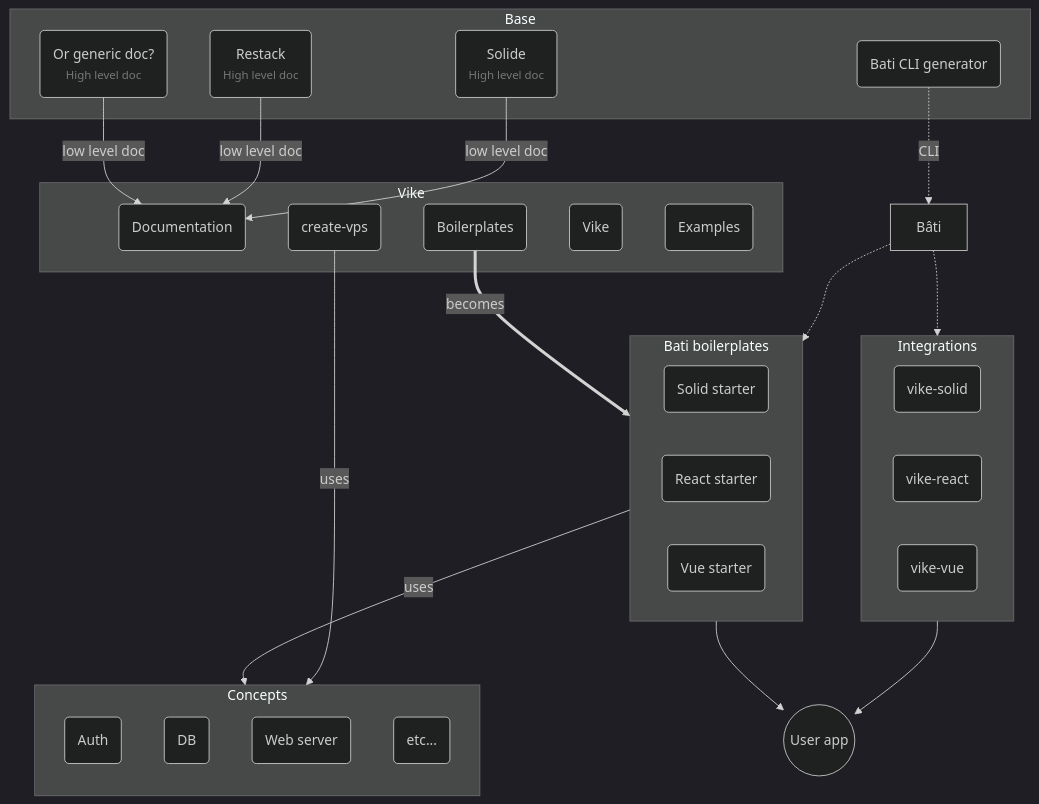
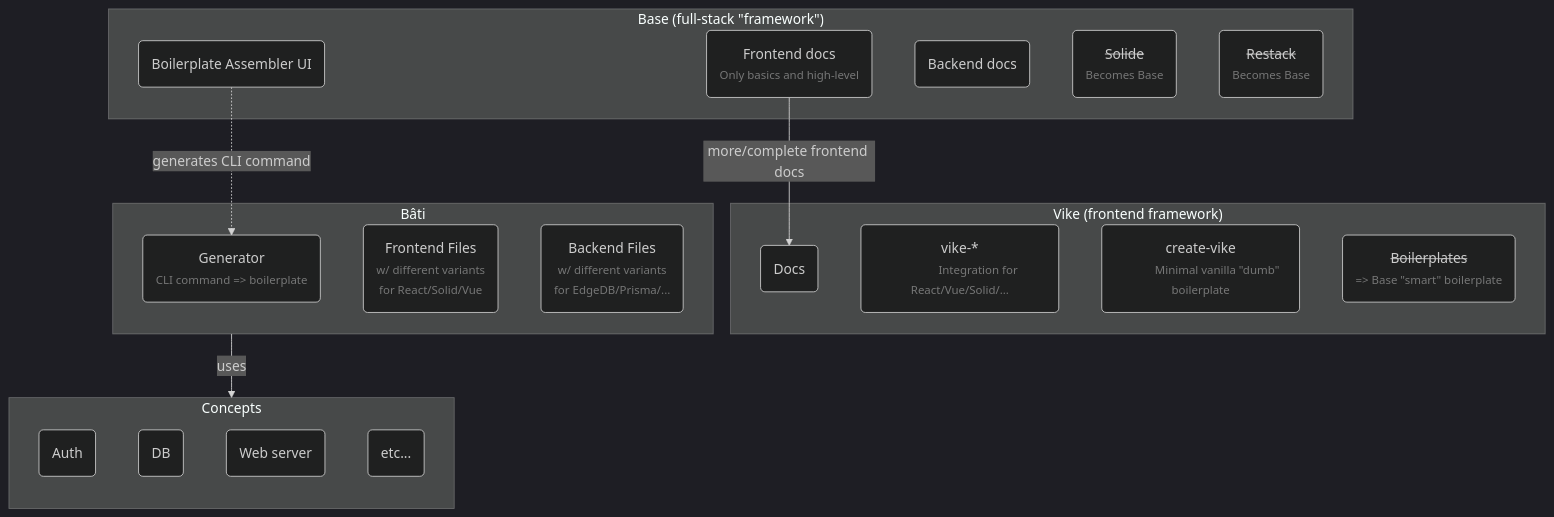
One commit to vikejs/bati changed the diagram in doc/base.mmd. Above: the diagram before and after it, drawn with Mermaid. The commit also changed other lines of this file, not shown here.

Commit message:
update mindmap

```diff
--- a/doc/base.mmd
+++ b/doc/base.mmd
@@ -1,68 +1,70 @@
 %%{
   init: {
     "theme": "dark"
   }
 }%%
 
 flowchart TB
-    Base_Solide -- low level doc --> Vike_doc
-    Base_Restack -- low level doc --> Vike_doc
-    Base_generic -- low level doc --> Vike_doc
-    Base_bati_CLI -. CLI .-> Bati
-    Bati -.-> Boilerplates
-    Bati -.-> Integrations
-    Vike_boilerplates == becomes ==> Boilerplates
-    Vike_create -- uses --> Concepts
-    Boilerplates -- uses --> Concepts
-    Integrations --> Final
-    Boilerplates --> Final
+    Base_doc_frontend -- more/complete frontend docs --> Vike_doc
+    Base_boilerplate -. generates CLI command .-> Bati_gen
+    Bati -- uses --> Concepts
 
-    Bati["Bâti"]
-
-    Final(("User app"))
-
-    subgraph Base
-        Base_bati_CLI("
-            Bati CLI generator
+    subgraph Base["Base (full-stack &quot;framework&quot;)"]
+        Base_boilerplate("
+            Boilerplate Assembler UI
+        ")
+        Base_doc_fullstack("
+            Backend docs
+        ")
+        Base_doc_frontend("
+            Frontend docs
+            <small style='opacity: 0.5'>Only basics and high-level</small>
         ")
         Base_Solide("
-            Solide
-            <small style='opacity: 0.5'>High level doc</small>
+            <s>Solide</s>
+            <small style='opacity: 0.5'>Becomes Base</small>
         ")
         Base_Restack("
-            Restack
-            <small style='opacity: 0.5'>High level doc</small>
-        ")
-        Base_generic("
-            Or generic doc?
-            <small style='opacity: 0.5'>High level doc</small>
+            <s>Restack</s>
+            <small style='opacity: 0.5'>Becomes Base</small>
         ")
     end
 
-    subgraph Vike
-        Vike_lib("Vike")
-        Vike_boilerplates("Boilerplates")
-        Vike_doc("Documentation")
-        Vike_create("create-vps")
-        Vike_examples("Examples")
+    subgraph Vike["Vike (frontend framework)"]
+        Vike_doc("Docs")
+        Vike_integrations("
+           vike-*
+           <small style='opacity: 0.5'>Integration for React/Vue/Solid/...</small>
+        ")
+        Vike_create("
+          create-vike
+          <small style='opacity: 0.5'>Minimal vanilla &quot;dumb&quot; boilerplate</small>
+        ")
+        Vike_boilerplates("
+          <s>Boilerplates</s>
+          <small style='opacity: 0.5'>=> Base &quot;smart&quot; boilerplate</small>
+        ")
     end
 
-    subgraph Integrations
-        Starters_solid("vike-solid")
-        Starters_react("vike-react")
-        Starters_vue("vike-vue")
-    end
-
-    subgraph Boilerplates["Bati boilerplates"]
-        Boilerplates_solid("Solid starter")
-        Boilerplates_react("React starter")
-        Boilerplates_vue("Vue starter")
+    subgraph Bati["Bâti"]
+        Bati_gen("
+          Generator
+          <small style='opacity: 0.5'>CLI command => boilerplate</small>
+        ")
+        Bati_frontend("
+          Frontend Files
+          <small style='opacity: 0.5'>w/ different variants \n for React/Solid/Vue</small>
+        ")
+        Bati_backend("
+          Backend Files
+          <small style='opacity: 0.5'>w/ different variants \n for EdgeDB/Prisma/...</small>
+        ")
     end
 
     subgraph Concepts
         direction TB
         Concepts_auth("Auth")
         Concepts_db("DB")
         Concepts_web("Web server")
         Concepts_etc("etc...")
     end
```
